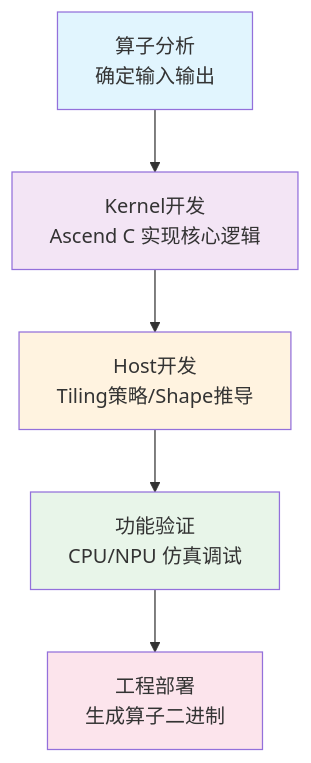
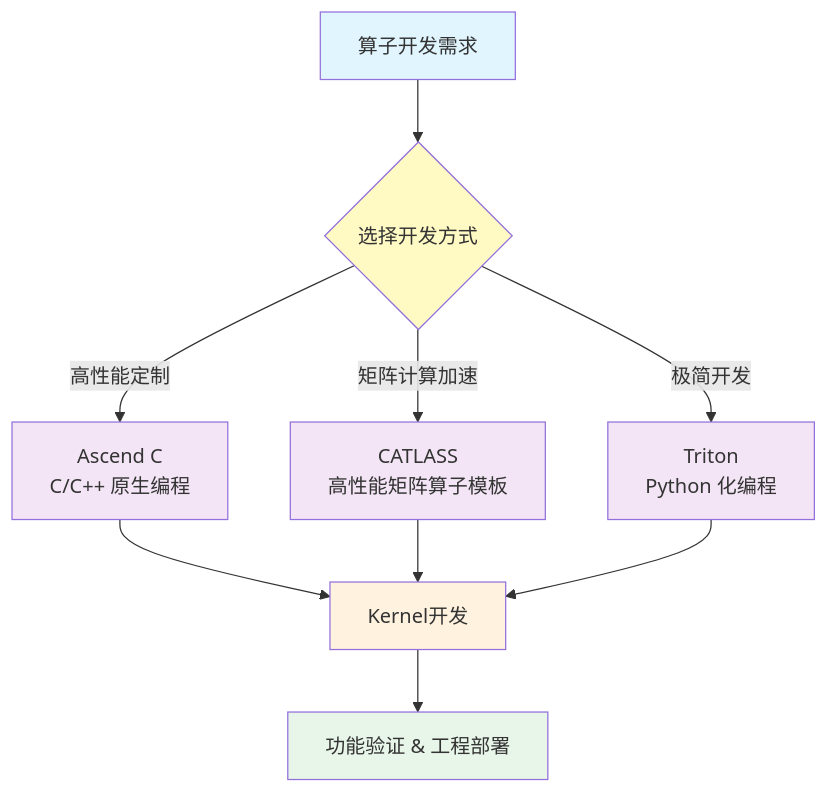
Before and after one commit to hu-qi/Ascend-CANN: the third of 3 diagrams in src/content/docs/ch01/第01篇-昇腾CANN算子库全景概览.md, drawn with Mermaid. The commit also changed other lines of this file and 11 other files, not shown here.

First line of the commit message:
feat: 更新CANN文档并添加mermaid图表支持

````diff
--- a/src/content/docs/ch01/第01篇-昇腾CANN算子库全景概览.md
+++ b/src/content/docs/ch01/第01篇-昇腾CANN算子库全景概览.md
@@ -194,13 +329,19 @@
 ```mermaid
 graph TB
-    A[算子分析<br/>确定输入输出] --> B[Kernel开发<br/>Ascend C 实现核心逻辑]
-    B --> C[Host开发<br/>Tiling策略/Shape推导]
-    C --> D[功能验证<br/>CPU/NPU 仿真调试]
-    D --> E[工程部署<br/>生成算子二进制]
+    A[算子开发需求] --> B{选择开发方式}
+    B -->|高性能定制| C[Ascend C<br/>C/C++ 原生编程]
+    B -->|矩阵计算加速| D[CATLASS<br/>高性能矩阵算子模板]
+    B -->|极简开发| E[Triton<br/>Python 化编程]
+    C --> F[Kernel开发]
+    D --> F
+    E --> F
+    F --> G[功能验证 & 工程部署]
 
     style A fill:#e1f5fe
-    style B fill:#f3e5f5
-    style C fill:#fff3e0
-    style D fill:#e8f5e9
-    style E fill:#fce4ec
+    style B fill:#fff9c4
+    style C fill:#f3e5f5
+    style D fill:#f3e5f5
+    style E fill:#f3e5f5
+    style F fill:#fff3e0
+    style G fill:#e8f5e9
 ```
````
